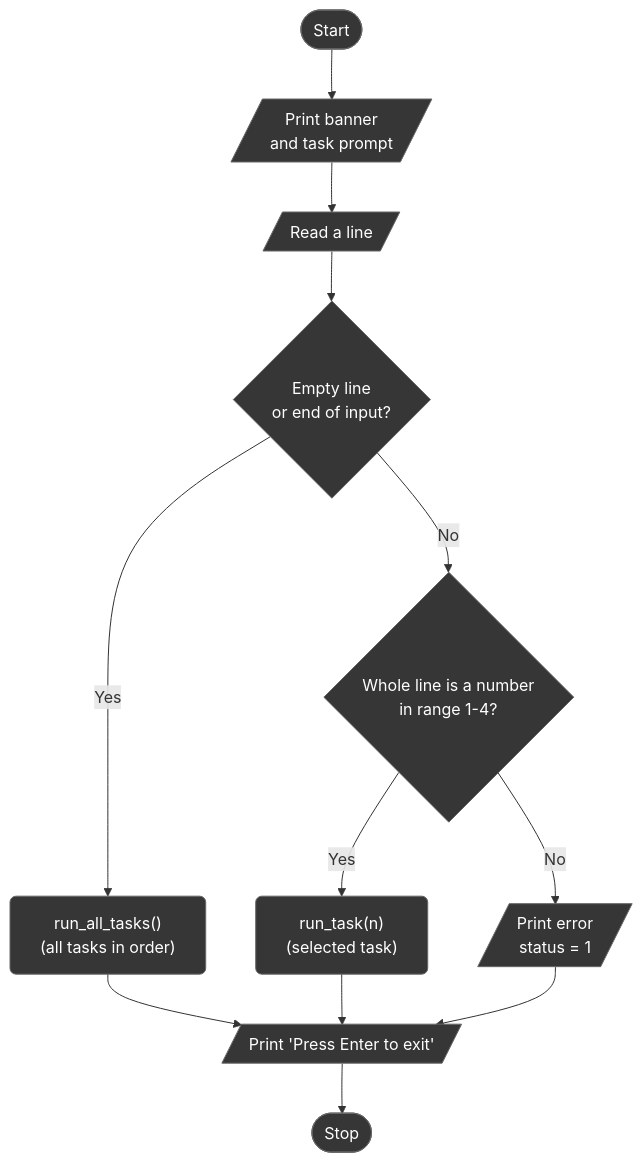
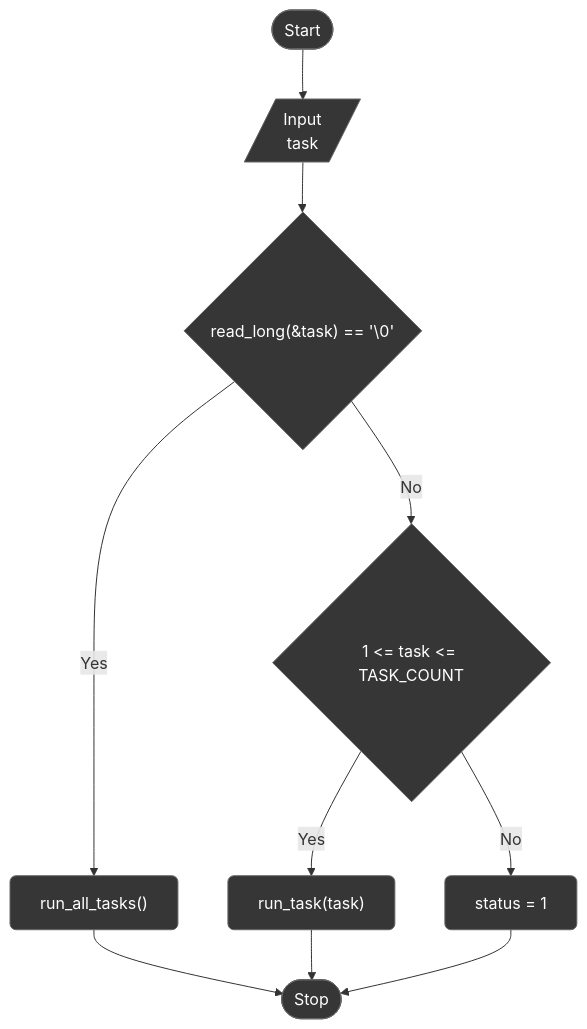
One commit to nykonhrytsyshyn/khnu-prog-labs changed the first of 5 diagrams in lab_02/README.md. Above: the diagram before and after it, drawn with Mermaid. The commit also changed other lines of this file and 11 other files, not shown here.

````diff
--- a/lab_02/README.md
+++ b/lab_02/README.md
@@ -35,17 +37,15 @@
 ```mermaid
 flowchart TD
-  A(["Start"]) --> B[/"Print banner<br/>and task prompt"/]
-  B --> C[/"Read a line"/]
-  C --> D{"Empty line<br/>or end of input?"}
-  D -->|Yes| E["run_all_tasks()<br/>(all tasks in order)"]
-  D -->|No| F{"Whole line is a number<br/>in range 1-4?"}
-  F -->|Yes| G["run_task(n)<br/>(selected task)"]
-  F -->|No| H[/"Print error<br/>status = 1"/]
-  E --> I[/"Print 'Press Enter to exit'"/]
-  G --> I
-  H --> I
-  I --> J(["Stop"])
+  A(["Start"]) --> B[/"Input<br/>task"/]
+  B --> C{"read_long(&task) == '\0'"}
+  C -->|Yes| D["run_all_tasks()"]
+  C -->|No| E{"1 <= task <= TASK_COUNT"}
+  E -->|Yes| F["run_task(task)"]
+  E -->|No| G["status = 1"]
+  D --> H(["Stop"])
+  F --> H
+  G --> H
 
   classDef stage fill:#363636,stroke:#666,color:#fff,rx:6,ry:6
-  class A,B,C,D,E,F,G,H,I,J stage
+  class A,B,C,D,E,F,G,H stage
 ```
````
